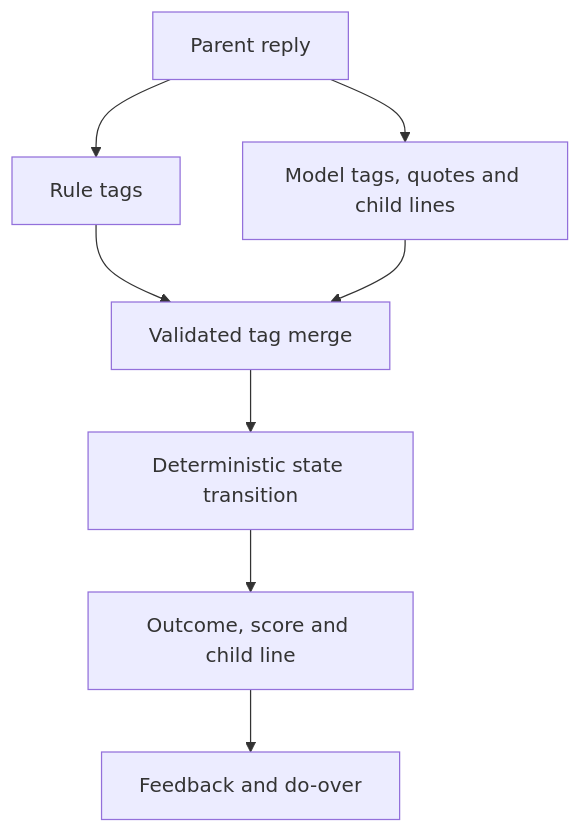
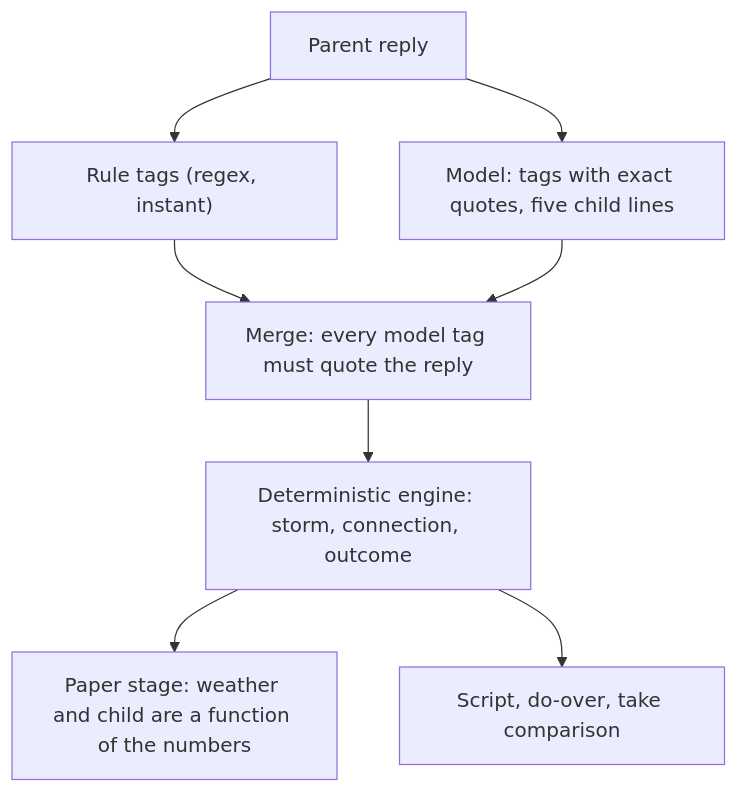
Before and after one commit to mrxfsociety/veltral-businesscap2.0: the diagram in README.md, drawn with Mermaid. The commit also changed other lines of this file and 7 other files, not shown here.

````diff
--- a/README.md
+++ b/README.md
@@ -37,10 +20,10 @@
 ```mermaid
 flowchart TD
-  Reply["Parent reply"] --> Rules["Rule tags"]
-  Reply --> Model["Model tags, quotes and child lines"]
-  Rules --> Merge["Validated tag merge"]
+  Reply["Parent reply"] --> Rules["Rule tags (regex, instant)"]
+  Reply --> Model["Model: tags with exact quotes, five child lines"]
+  Rules --> Merge["Merge: every model tag must quote the reply"]
   Model --> Merge
-  Merge --> Engine["Deterministic state transition"]
-  Engine --> Result["Outcome, score and child line"]
-  Result --> UI["Feedback and do-over"]
+  Merge --> Engine["Deterministic engine: storm, connection, outcome"]
+  Engine --> Stage["Paper stage: weather and child are a function of the numbers"]
+  Engine --> Script["Script, do-over, take comparison"]
 ```
````
